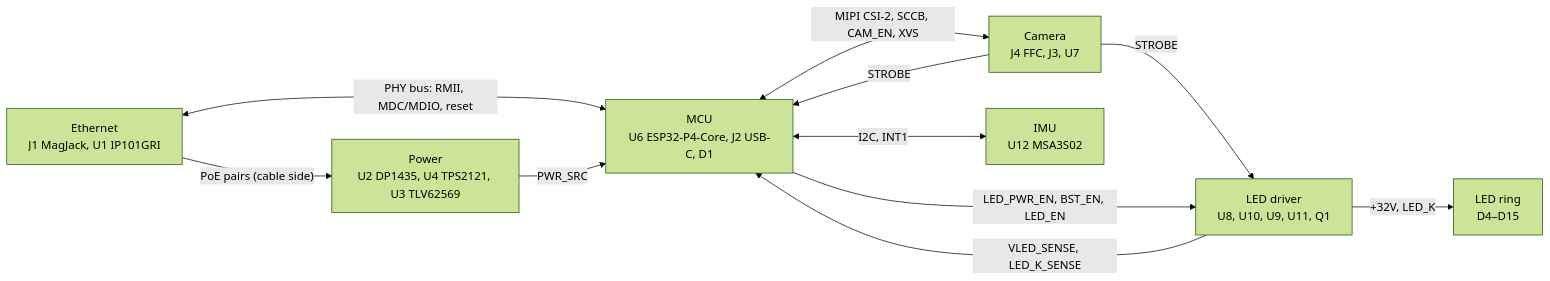
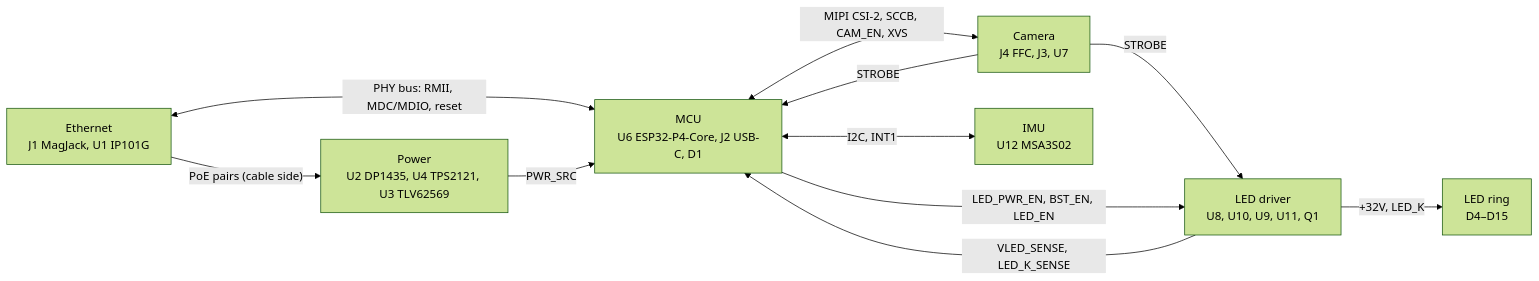
The diagram in docs/hardware/README.md (azais-corentin/espion), drawn with Mermaid (forest theme) before and after one commit. The commit also changed other lines of this file and 23 other files, not shown here.

````diff
--- a/docs/hardware/README.md
+++ b/docs/hardware/README.md
@@ -15,13 +15,13 @@
 ```mermaid
 flowchart LR
-  ETH["Ethernet<br/>J1 MagJack, U1 IP101GRI"] -- "PoE pairs (cable side)" --> PWR["Power<br/>U2 DP1435, U4 TPS2121, U3 TLV62569"]
+  ETH["Ethernet<br/>J1 MagJack, U1 IP101G"] -- "PoE pairs (cable side)" --> PWR["Power<br/>U2 DP1435, U4 TPS2121, U3 TLV62569"]
   ETH <-- "PHY bus: RMII, MDC/MDIO, reset" --> MCU["MCU<br/>U6 ESP32-P4-Core, J2 USB-C, D1"]
   PWR -- "PWR_SRC" --> MCU
   MCU <-- "MIPI CSI-2, SCCB, CAM_EN, XVS" --> CAM["Camera<br/>J4 FFC, J3, U7"]
   CAM -- "STROBE" --> MCU
   CAM -- "STROBE" --> LEDD["LED driver<br/>U8, U10, U9, U11, Q1"]
   MCU -- "LED_PWR_EN, BST_EN, LED_EN" --> LEDD
   LEDD -- "VLED_SENSE, LED_K_SENSE" --> MCU
   LEDD -- "+32V, LED_K" --> RING["LED ring<br/>D4–D15"]
   MCU <-- "I2C, INT1" --> IMU["IMU<br/>U12 MSA3S02"]
 ```
````
